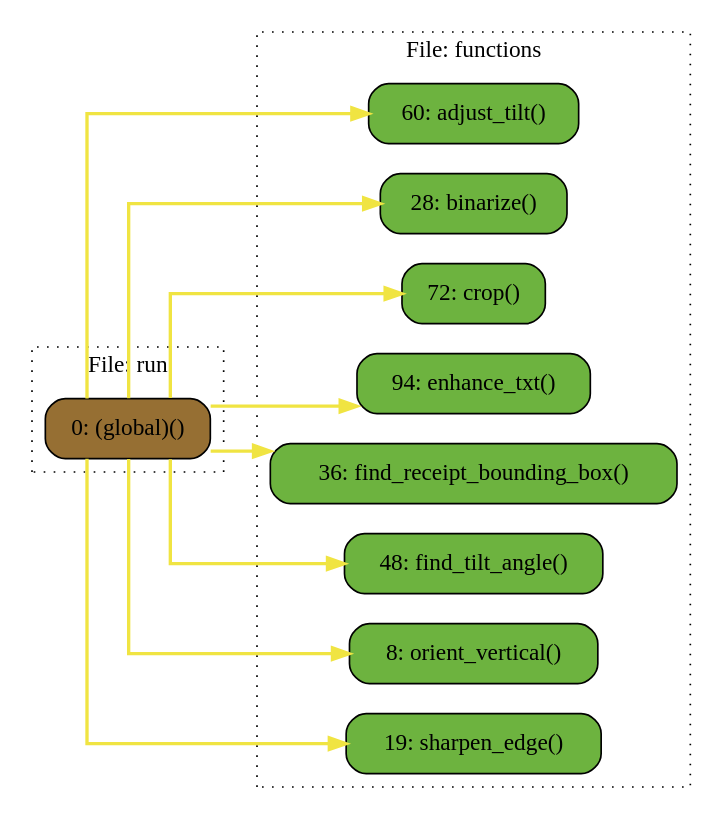
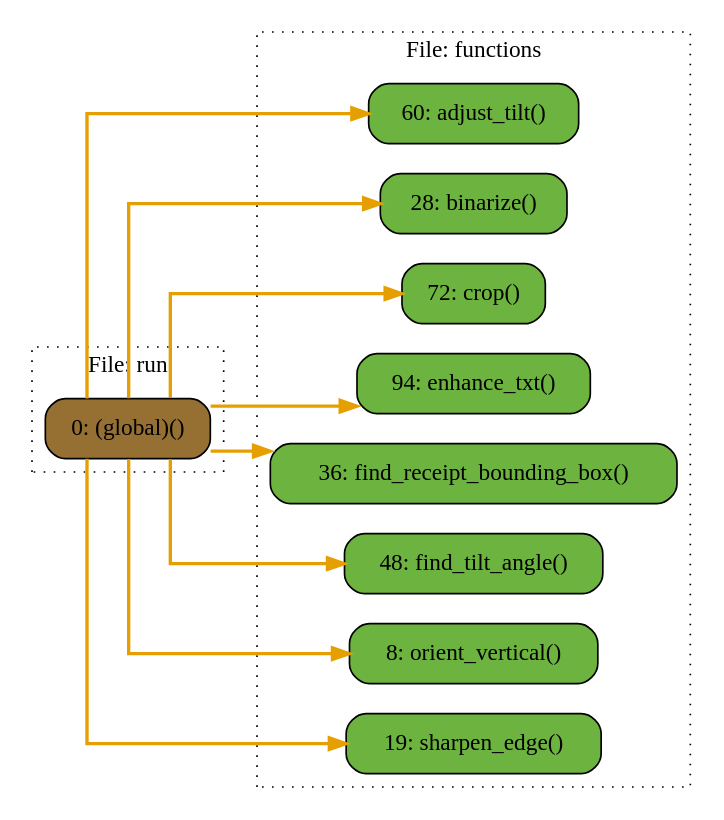
Before and after one commit to jaelin215/wesplit-demo: the diagram in flowchart/out.gv, drawn with Graphviz. The commit also changed 2 other files, not shown here.

Commit message:
updated flowchart

```diff
--- a/flowchart/out.gv
+++ b/flowchart/out.gv
@@ -1,36 +1,36 @@
 digraph G {
 concentrate=true;
 splines="ortho";
 rankdir="LR";
-node_ee4c6fa9 [label="60: adjust_tilt()" name="functions::adjust_tilt" shape="rect" style="rounded,filled" fillcolor="#6db33f" ];
-node_95cf4e20 [label="28: binarize()" name="functions::binarize" shape="rect" style="rounded,filled" fillcolor="#6db33f" ];
-node_a974eaab [label="72: crop()" name="functions::crop" shape="rect" style="rounded,filled" fillcolor="#6db33f" ];
-node_eaabc753 [label="94: enhance_txt()" name="functions::enhance_txt" shape="rect" style="rounded,filled" fillcolor="#6db33f" ];
-node_62612ac0 [label="36: find_receipt_bounding_box()" name="functions::find_receipt_bounding_box" shape="rect" style="rounded,filled" fillcolor="#6db33f" ];
-node_1ba12e2d [label="48: find_tilt_angle()" name="functions::find_tilt_angle" shape="rect" style="rounded,filled" fillcolor="#6db33f" ];
-node_ba46fb7b [label="8: orient_vertical()" name="functions::orient_vertical" shape="rect" style="rounded,filled" fillcolor="#6db33f" ];
-node_127dc1ea [label="19: sharpen_edge()" name="functions::sharpen_edge" shape="rect" style="rounded,filled" fillcolor="#6db33f" ];
-node_973d1094 [label="0: (global)()" name="run::(global)" shape="rect" style="rounded,filled" fillcolor="#966F33" ];
-node_973d1094 -> node_ee4c6fa9 [color="#F0E442" penwidth="2"];
-node_973d1094 -> node_95cf4e20 [color="#F0E442" penwidth="2"];
-node_973d1094 -> node_a974eaab [color="#F0E442" penwidth="2"];
-node_973d1094 -> node_eaabc753 [color="#F0E442" penwidth="2"];
-node_973d1094 -> node_62612ac0 [color="#F0E442" penwidth="2"];
-node_973d1094 -> node_1ba12e2d [color="#F0E442" penwidth="2"];
-node_973d1094 -> node_ba46fb7b [color="#F0E442" penwidth="2"];
-node_973d1094 -> node_127dc1ea [color="#F0E442" penwidth="2"];
-subgraph cluster_1bf426ca {
-    node_ba46fb7b node_127dc1ea node_95cf4e20 node_62612ac0 node_1ba12e2d node_ee4c6fa9 node_a974eaab node_eaabc753;
+node_6fc1354a [label="60: adjust_tilt()" name="functions::adjust_tilt" shape="rect" style="rounded,filled" fillcolor="#6db33f" ];
+node_36203607 [label="28: binarize()" name="functions::binarize" shape="rect" style="rounded,filled" fillcolor="#6db33f" ];
+node_8314b5c1 [label="72: crop()" name="functions::crop" shape="rect" style="rounded,filled" fillcolor="#6db33f" ];
+node_b2cdae68 [label="94: enhance_txt()" name="functions::enhance_txt" shape="rect" style="rounded,filled" fillcolor="#6db33f" ];
+node_57038f6f [label="36: find_receipt_bounding_box()" name="functions::find_receipt_bounding_box" shape="rect" style="rounded,filled" fillcolor="#6db33f" ];
+node_c544400e [label="48: find_tilt_angle()" name="functions::find_tilt_angle" shape="rect" style="rounded,filled" fillcolor="#6db33f" ];
+node_2aaf815c [label="8: orient_vertical()" name="functions::orient_vertical" shape="rect" style="rounded,filled" fillcolor="#6db33f" ];
+node_23a1cedf [label="19: sharpen_edge()" name="functions::sharpen_edge" shape="rect" style="rounded,filled" fillcolor="#6db33f" ];
+node_51935719 [label="0: (global)()" name="run::(global)" shape="rect" style="rounded,filled" fillcolor="#966F33" ];
+node_51935719 -> node_6fc1354a [color="#E69F00" penwidth="2"];
+node_51935719 -> node_36203607 [color="#E69F00" penwidth="2"];
+node_51935719 -> node_8314b5c1 [color="#E69F00" penwidth="2"];
+node_51935719 -> node_b2cdae68 [color="#E69F00" penwidth="2"];
+node_51935719 -> node_57038f6f [color="#E69F00" penwidth="2"];
+node_51935719 -> node_c544400e [color="#E69F00" penwidth="2"];
+node_51935719 -> node_2aaf815c [color="#E69F00" penwidth="2"];
+node_51935719 -> node_23a1cedf [color="#E69F00" penwidth="2"];
+subgraph cluster_3ad7340d {
+    node_2aaf815c node_23a1cedf node_36203607 node_57038f6f node_c544400e node_6fc1354a node_8314b5c1 node_b2cdae68;
     label="File: functions";
     name="functions";
     style="filled";
     graph[style=dotted];
 };
-subgraph cluster_730cfe8e {
-    node_973d1094;
+subgraph cluster_94aff301 {
+    node_51935719;
     label="File: run";
     name="run";
     style="filled";
     graph[style=dotted];
 };
 }
```
